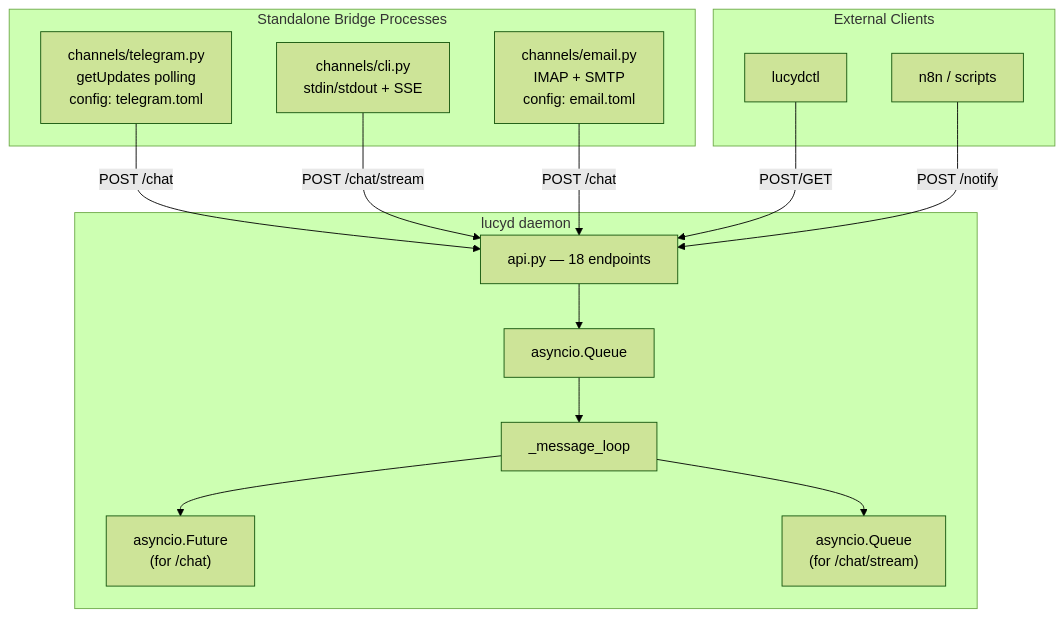
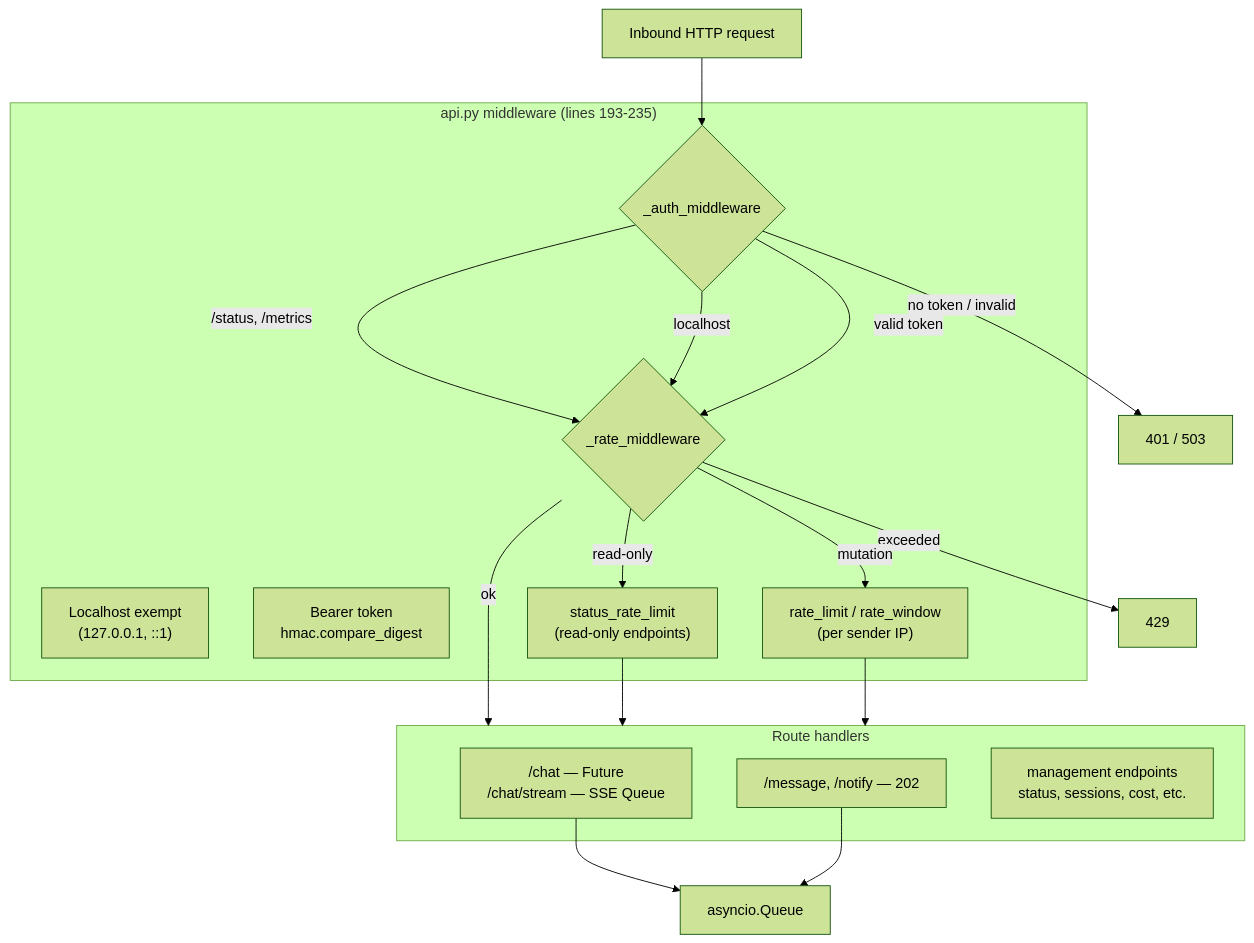
One commit to nicolasforstinger/lucyd changed the eighth of 10 diagrams in docs/diagrams.md. Above: the diagram before and after it, drawn with Mermaid (forest theme). The commit also changed other lines of this file and 18 other files, not shown here.

````diff
--- a/docs/diagrams.md
+++ b/docs/diagrams.md
@@ -303,31 +588,33 @@
 ```mermaid
 flowchart TD
-    subgraph Bridges["Standalone Bridge Processes"]
-        TG["channels/telegram.py<br/>getUpdates polling<br/>config: telegram.toml"]
-        CLI["channels/cli.py<br/>stdin/stdout + SSE"]
-        EMAIL["channels/email.py<br/>IMAP + SMTP<br/>config: email.toml"]
+    REQ["Inbound HTTP request"]
+
+    subgraph Middleware["api.py middleware (lines 193-235)"]
+        AUTH{"_auth_middleware"}
+        LOCALHOST["Localhost exempt<br/>(127.0.0.1, ::1)"]
+        TOKEN["Bearer token<br/>hmac.compare_digest"]
+        RATE{"_rate_middleware"}
+        RATE_RO["status_rate_limit<br/>(read-only endpoints)"]
+        RATE_RW["rate_limit / rate_window<br/>(per sender IP)"]
     end
 
-    subgraph Daemon["lucyd daemon"]
-        API["api.py — 18 endpoints"]
-        Q["asyncio.Queue"]
-        LOOP["_message_loop"]
-        FUTURE["asyncio.Future<br/>(for /chat)"]
-        SSE["asyncio.Queue<br/>(for /chat/stream)"]
+    subgraph Handlers["Route handlers"]
+        SYNC["/chat — Future<br/>/chat/stream — SSE Queue"]
+        ASYNC["/message, /notify — 202"]
+        MGMT["management endpoints<br/>status, sessions, cost, etc."]
     end
 
-    subgraph External["External Clients"]
-        CTL["lucydctl"]
-        N8N["n8n / scripts"]
-    end
+    Q["asyncio.Queue"]
 
-    TG -->|"POST /chat"| API
-    CLI -->|"POST /chat/stream"| API
-    EMAIL -->|"POST /chat"| API
-    CTL -->|"POST/GET"| API
-    N8N -->|"POST /notify"| API
-
-    API --> Q --> LOOP
-    LOOP --> FUTURE
-    LOOP --> SSE
+    REQ --> AUTH
+    AUTH -->|"/status, /metrics"| RATE
+    AUTH -->|localhost| RATE
+    AUTH -->|valid token| RATE
+    AUTH -->|"no token / invalid"| REJECT["401 / 503"]
+    RATE -->|ok| Handlers
+    RATE -->|exceeded| REJECT429["429"]
+    RATE -->|read-only| RATE_RO --> Handlers
+    RATE -->|mutation| RATE_RW --> Handlers
+    SYNC --> Q
+    ASYNC --> Q
 ```
````
